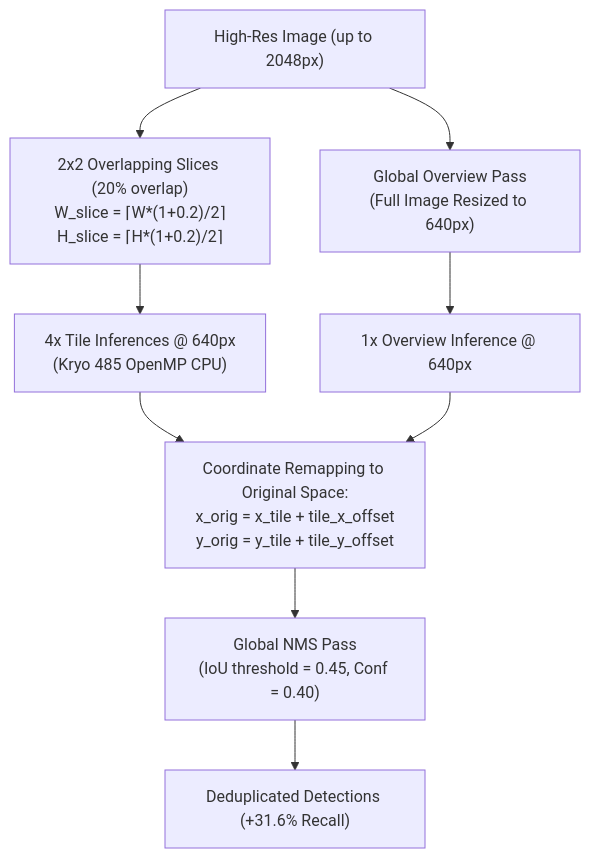
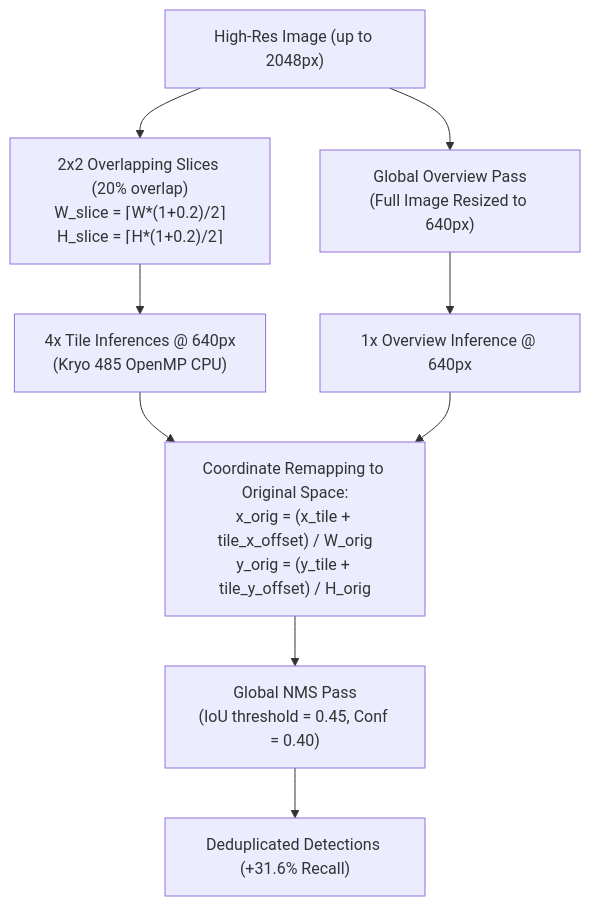
One commit to tahadeab-ai/shelf-pulse-ai changed the second of 3 diagrams in docs/ARCHITECTURE.md. Above: the diagram before and after it, drawn with Mermaid. The commit also changed other lines of this file and 22 other files, not shown here.

````diff
--- a/docs/ARCHITECTURE.md
+++ b/docs/ARCHITECTURE.md
@@ -124,11 +151,11 @@
 ```mermaid
 flowchart TD
     Raw["High-Res Image (up to 2048px)"] --> Slices["2x2 Overlapping Slices (20% overlap)<br/>W_slice = ⌈W*(1+0.2)/2⌉<br/>H_slice = ⌈H*(1+0.2)/2⌉"]
     Raw --> Global["Global Overview Pass<br/>(Full Image Resized to 640px)"]
     Slices --> TileInf["4x Tile Inferences @ 640px<br/>(Kryo 485 OpenMP CPU)"]
     Global --> GlobalInf["1x Overview Inference @ 640px"]
-    TileInf --> Map["Coordinate Remapping to Original Space:<br/>x_orig = x_tile + tile_x_offset<br/>y_orig = y_tile + tile_y_offset"]
+    TileInf --> Map["Coordinate Remapping to Original Space:<br/>x_orig = (x_tile + tile_x_offset) / W_orig<br/>y_orig = (y_tile + tile_y_offset) / H_orig"]
     GlobalInf --> Map
     Map --> GNMS["Global NMS Pass<br/>(IoU threshold = 0.45, Conf = 0.40)"]
     GNMS --> Merged["Deduplicated Detections (+31.6% Recall)"]
 ```
````
